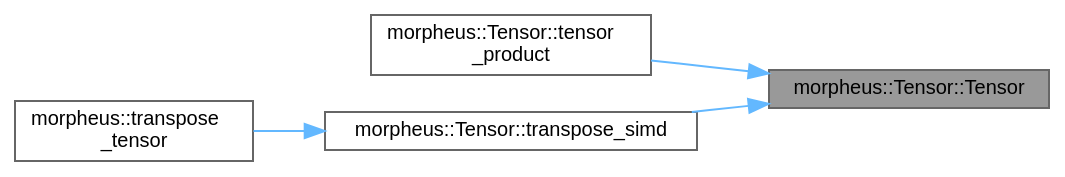
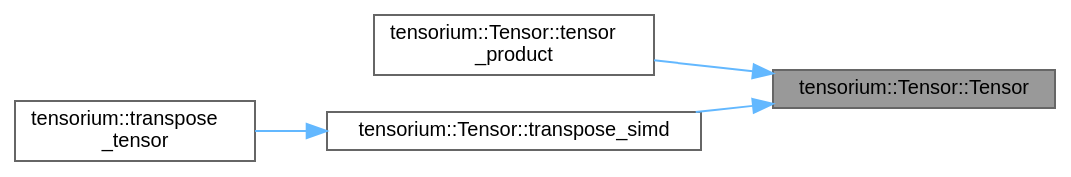
The diagram in docs/classmorpheus_1_1Tensor_add63eead7e596a891d704488cc73a7d0_icgraph.dot (TensoriumCore/Tensorium_lib), drawn with Graphviz before and after one commit. The commit also changed 3640 other files, not shown here.

```diff
--- a/docs/classmorpheus_1_1Tensor_add63eead7e596a891d704488cc73a7d0_icgraph.dot
+++ b/docs/classmorpheus_1_1Tensor_add63eead7e596a891d704488cc73a7d0_icgraph.dot
@@ -1,15 +1,15 @@
-digraph "morpheus::Tensor::Tensor"
+digraph "tensorium::Tensor::Tensor"
 {
  // LATEX_PDF_SIZE
   bgcolor="transparent";
   edge [fontname=Helvetica,fontsize=10,labelfontname=Helvetica,labelfontsize=10];
   node [fontname=Helvetica,fontsize=10,shape=box,height=0.2,width=0.4];
   rankdir="RL";
-  Node1 [id="Node000001",label="morpheus::Tensor::Tensor",height=0.2,width=0.4,color="gray40", fillcolor="grey60", style="filled", fontcolor="black",tooltip=" "];
+  Node1 [id="Node000001",label="tensorium::Tensor::Tensor",height=0.2,width=0.4,color="gray40", fillcolor="grey60", style="filled", fontcolor="black",tooltip=" "];
   Node1 -> Node2 [id="edge1_Node000001_Node000002",dir="back",color="steelblue1",style="solid",tooltip=" "];
-  Node2 [id="Node000002",label="morpheus::Tensor::tensor\l_product",height=0.2,width=0.4,color="grey40", fillcolor="white", style="filled",URL="$classmorpheus_1_1Tensor.html#a9e2fc9372addcf2c1c385fca7108136a",tooltip=" "];
+  Node2 [id="Node000002",label="tensorium::Tensor::tensor\l_product",height=0.2,width=0.4,color="grey40", fillcolor="white", style="filled",URL="$classtensorium_1_1Tensor.html#a9e2fc9372addcf2c1c385fca7108136a",tooltip=" "];
   Node1 -> Node3 [id="edge2_Node000001_Node000003",dir="back",color="steelblue1",style="solid",tooltip=" "];
-  Node3 [id="Node000003",label="morpheus::Tensor::transpose_simd",height=0.2,width=0.4,color="grey40", fillcolor="white", style="filled",URL="$classmorpheus_1_1Tensor.html#a8a3390d3b499e74ded35464d380bf18f",tooltip=" "];
+  Node3 [id="Node000003",label="tensorium::Tensor::transpose_simd",height=0.2,width=0.4,color="grey40", fillcolor="white", style="filled",URL="$classtensorium_1_1Tensor.html#a8a3390d3b499e74ded35464d380bf18f",tooltip=" "];
   Node3 -> Node4 [id="edge3_Node000003_Node000004",dir="back",color="steelblue1",style="solid",tooltip=" "];
-  Node4 [id="Node000004",label="morpheus::transpose\l_tensor",height=0.2,width=0.4,color="grey40", fillcolor="white", style="filled",URL="$namespacemorpheus.html#a942435fbed57720116b51adf54c03bcd",tooltip=" "];
+  Node4 [id="Node000004",label="tensorium::transpose\l_tensor",height=0.2,width=0.4,color="grey40", fillcolor="white", style="filled",URL="$namespacetensorium.html#a942435fbed57720116b51adf54c03bcd",tooltip=" "];
 }
```
